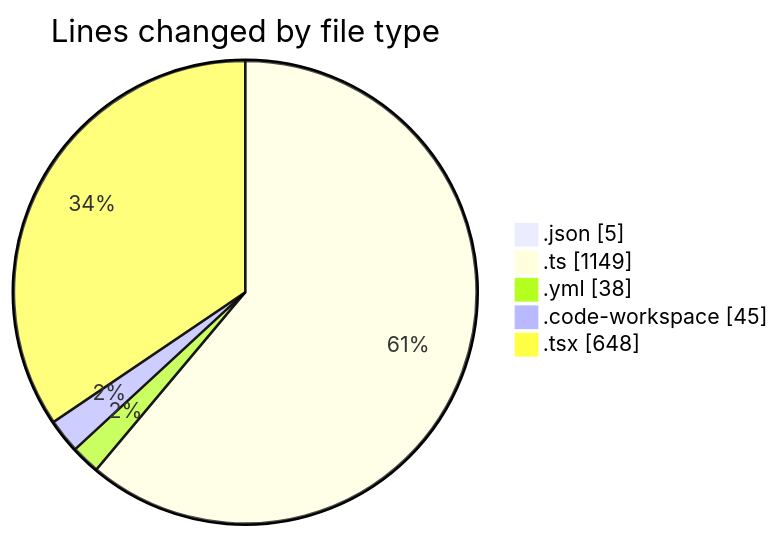
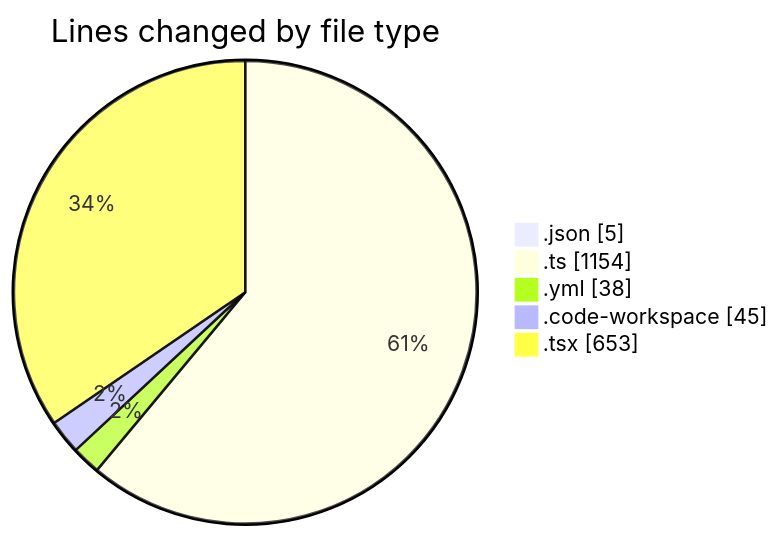
Before and after one commit to julien-gomy/code-tracking: the first of 2 diagrams in 2025-11-25/eventscop-frontend-guide__workspace_/README.md, drawn with Mermaid. The commit also changed other lines of this file and 1 other file, not shown here.

````diff
--- a/2025-11-25/eventscop-frontend-guide__workspace_/README.md
+++ b/2025-11-25/eventscop-frontend-guide__workspace_/README.md
@@ -31,9 +31,9 @@
 ```mermaid
 pie showData
 title Lines changed by file type
 ".json" : 5
-".ts" : 1149
+".ts" : 1154
 ".yml" : 38
 ".code-workspace" : 45
-".tsx" : 648
+".tsx" : 653
 ```
````
